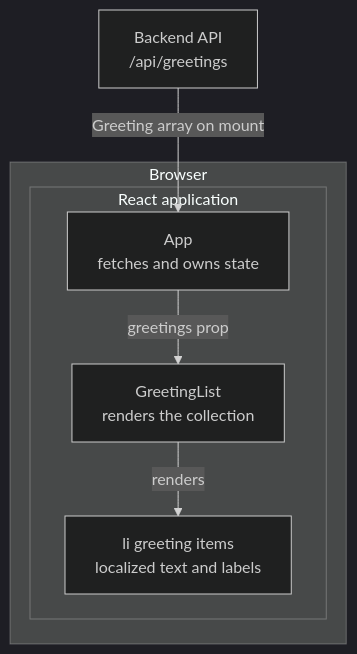
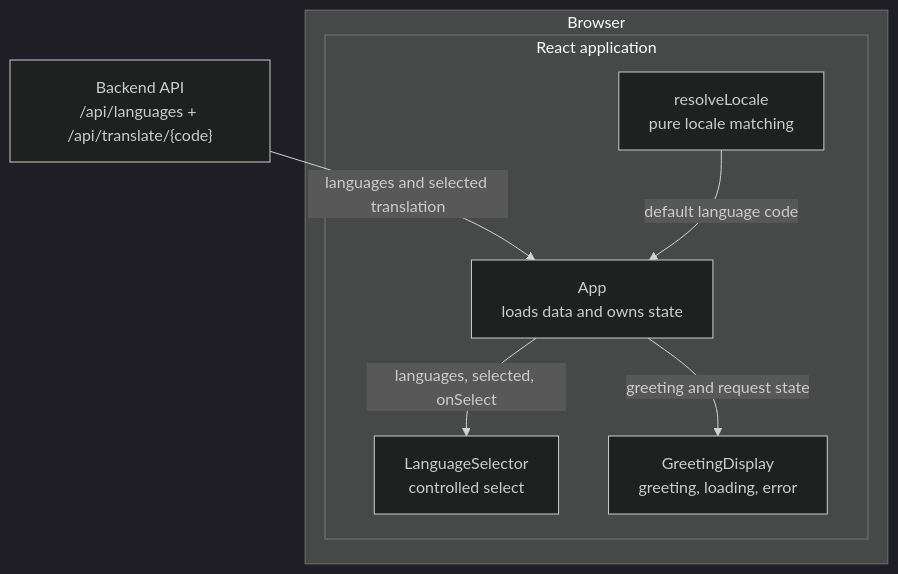
Before and after one commit to tcamise-gpsw/ai-golden-repo: the diagram in docs/architecture/04-frontend.md, drawn with Mermaid (dark theme). The commit also changed other lines of this file and 6 other files, not shown here.

First line of the commit message:
docs: document external translation architecture

````diff
--- a/docs/architecture/04-frontend.md
+++ b/docs/architecture/04-frontend.md
@@ -9,16 +7,18 @@
 ```mermaid
 flowchart TD
-    API["Backend API\n/api/greetings"]
+    API["Backend API\n/api/languages + /api/translate/{code}"]
 
     subgraph Browser["Browser"]
         subgraph ReactApp["React application"]
-            App["App\nfetches and owns state"]
-            GreetingList["GreetingList\nrenders the collection"]
-            Items["li greeting items\nlocalized text and labels"]
+            App["App\nloads data and owns state"]
+            Selector["LanguageSelector\ncontrolled select"]
+            Display["GreetingDisplay\ngreeting, loading, error"]
+            Locale["resolveLocale\npure locale matching"]
         end
     end
 
-    API -->|Greeting array on mount| App
-    App -->|greetings prop| GreetingList
-    GreetingList -->|renders| Items
+    API -->|languages and selected translation| App
+    Locale -->|default language code| App
+    App -->|languages, selected, onSelect| Selector
+    App -->|greeting and request state| Display
 ```
````
